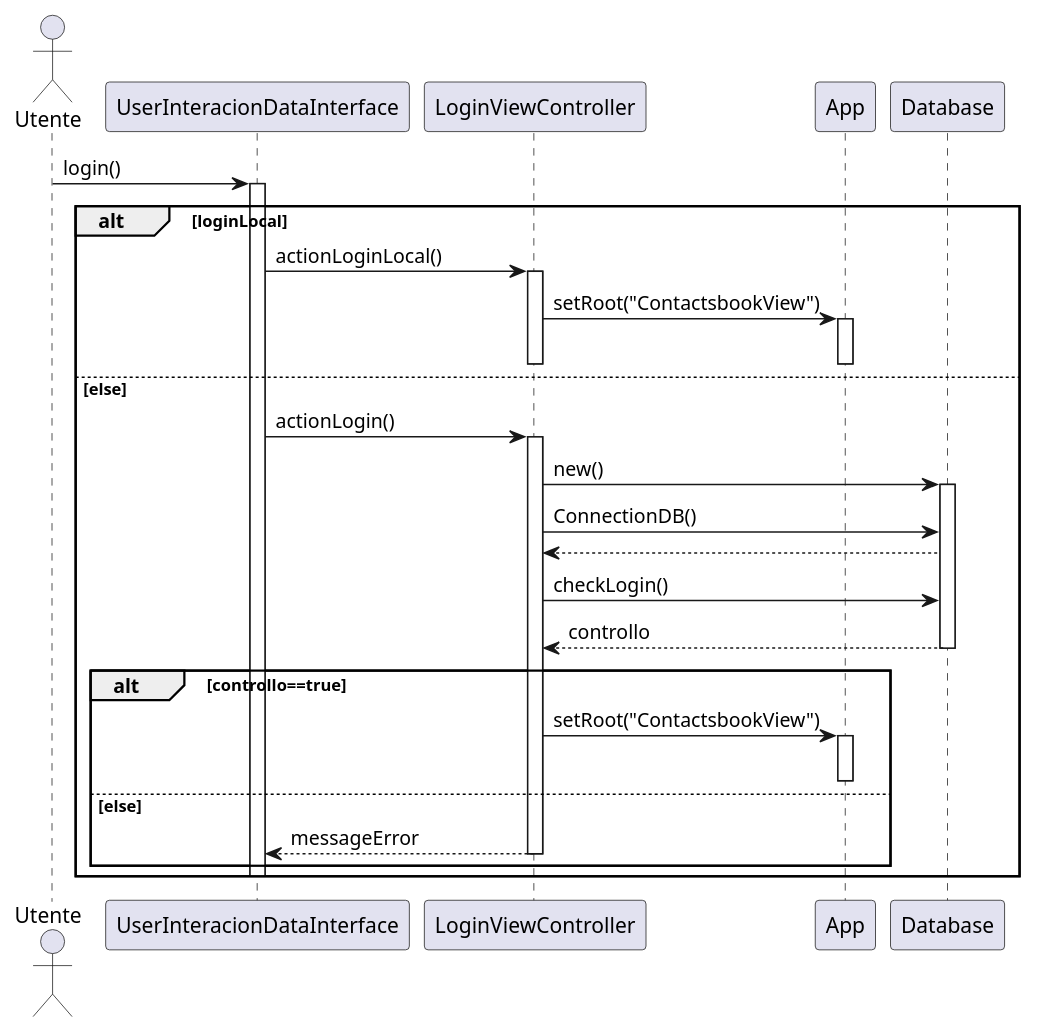
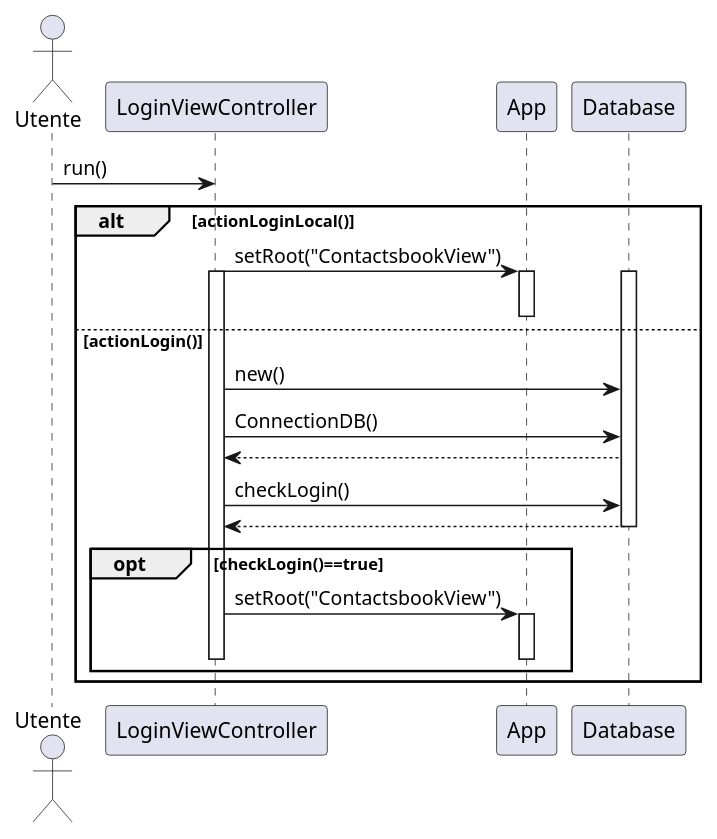
One commit to CupoMeridio/Ingegneria-del-software-2024-2025 changed the diagram in src/main/resources/SequenceDiagrams/SequenceDiagramLoginViewController.puml. Above: the diagram before and after it, drawn with PlantUML. The commit also changed 1 other file, not shown here.

Commit message:
Modifica diagramma di sequenza login

```diff
--- a/src/main/resources/SequenceDiagrams/SequenceDiagramLoginViewController.puml
+++ b/src/main/resources/SequenceDiagrams/SequenceDiagramLoginViewController.puml
@@ -1,50 +1,39 @@
 @startuml
 actor Utente
-participant "UserInteracionDataInterface" as user
 participant "LoginViewController" as LoginViewController
 participant "App" as App 
 participant "Database" as db
 
-Utente -> user: login()
-activate user
+Utente -> LoginViewController: run()
 
-alt loginLocal
-user -> LoginViewController: actionLoginLocal()
+alt actionLoginLocal()
+LoginViewController -> App: setRoot("ContactsbookView")
+activate App
+deactivate App
+else actionLogin()
+
+activate db
 activate LoginViewController
+LoginViewController -> db: new()
+LoginViewController -> db: ConnectionDB()
+db --> LoginViewController
+
+LoginViewController -> db: checkLogin()
+db --> LoginViewController
+deactivate db
+opt checkLogin()==true
 LoginViewController -> App: setRoot("ContactsbookView")
 activate App
 deactivate App
 deactivate LoginViewController
-
-else else
-user-> LoginViewController: actionLogin()
-activate LoginViewController
-LoginViewController -> db: new()
-activate db
-LoginViewController -> db: ConnectionDB()
-db --> LoginViewController
-LoginViewController -> db: checkLogin()
-db --> LoginViewController: controllo
-deactivate db
-alt controllo==true
-LoginViewController -> App: setRoot("ContactsbookView")
-activate App
-deactivate App
-else else
-LoginViewController --> user: messageError
-deactivate 
 end
 
-activate App
-deactivate App
-deactivate LoginViewController
-deactivate user
 
 
 end
 
 
 
 
 
 @enduml
```
